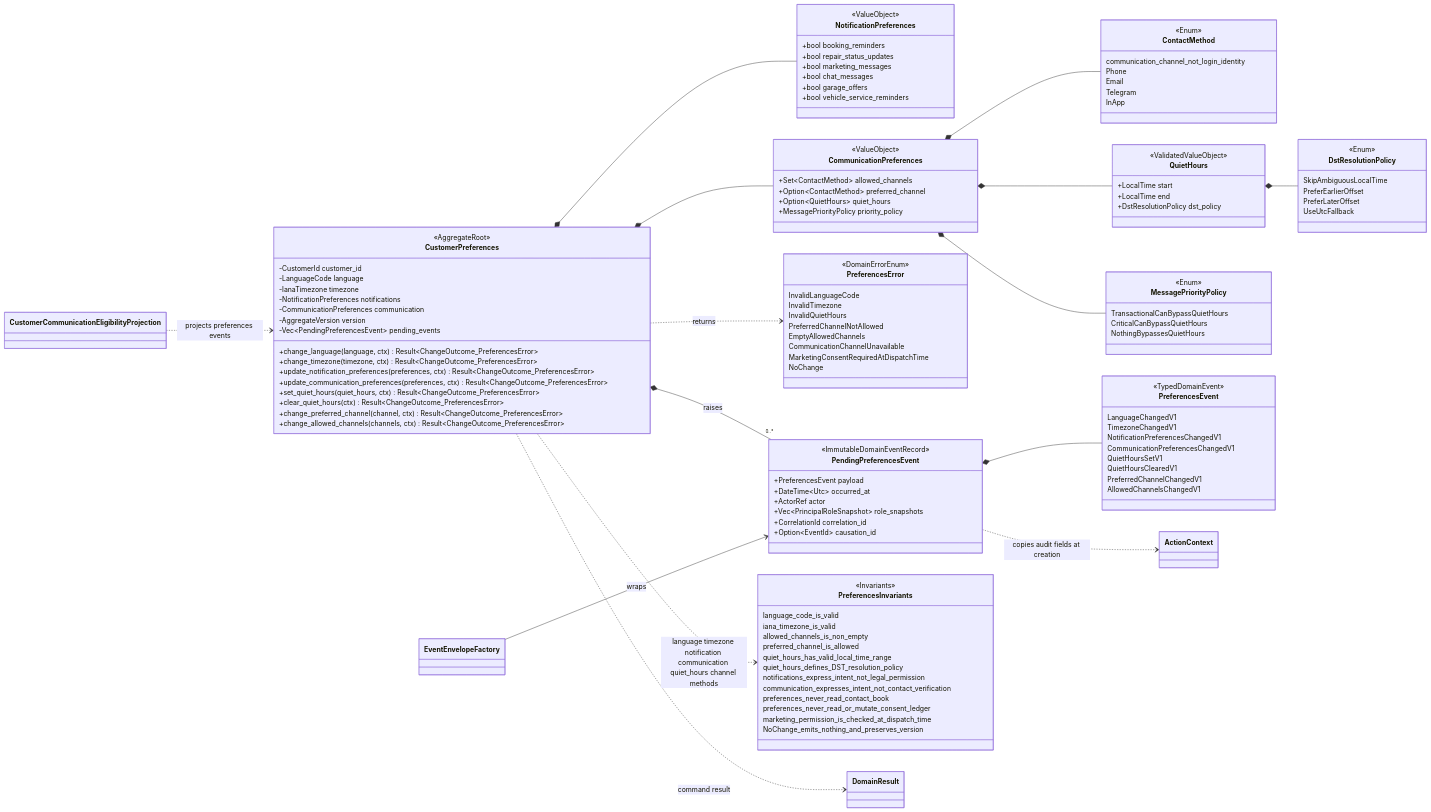
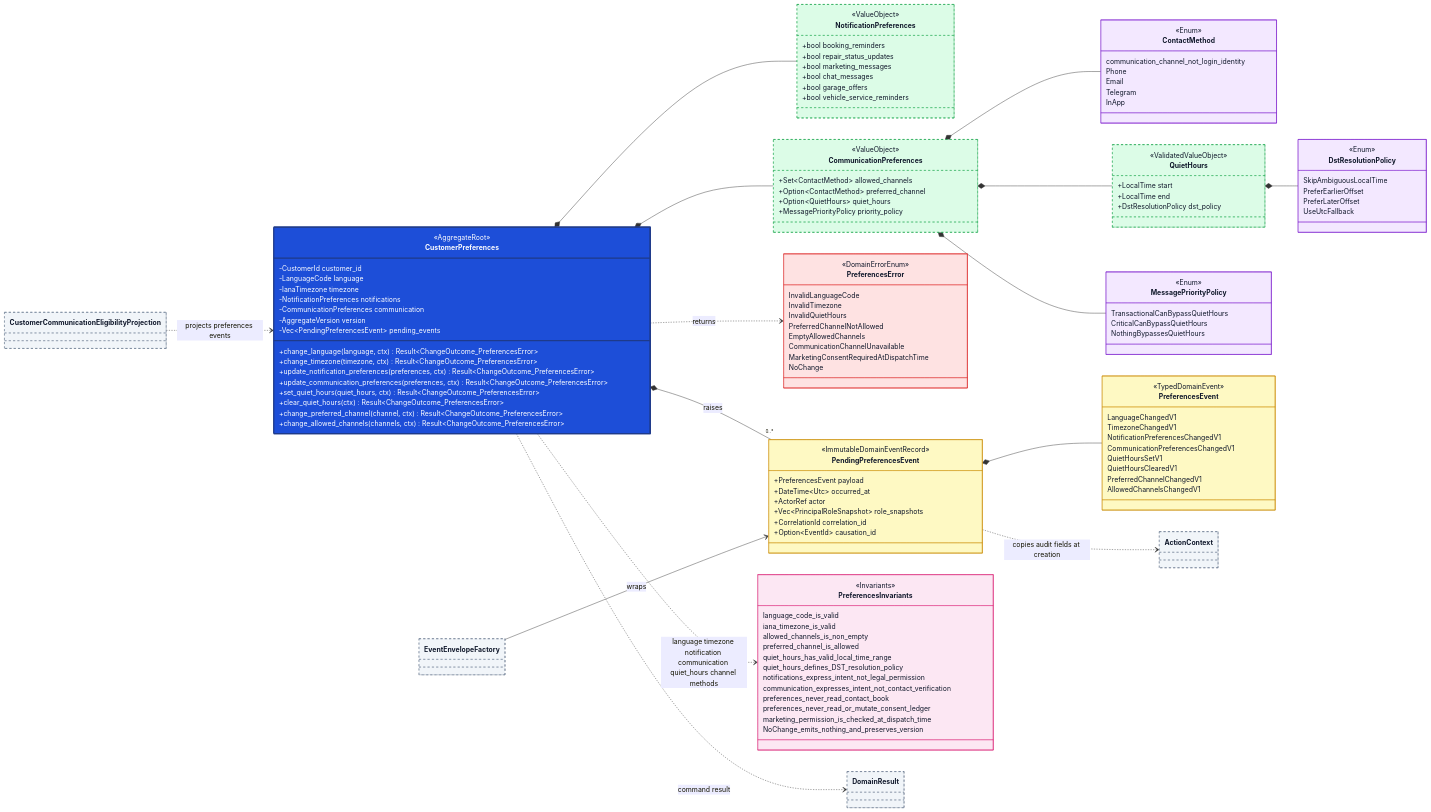
The diagram in docs/domain/customer/diagrams/04-preferences.mmd (DeathRustZzZ/PitGO), drawn with Mermaid before and after one commit. The commit also changed 18 other files, not shown here.

Commit message:
docs(customer): add style guide, refresh diagrams, add project docs

```diff
--- a/docs/domain/customer/diagrams/04-preferences.mmd
+++ b/docs/domain/customer/diagrams/04-preferences.mmd
@@ -1,136 +1,152 @@
 %% Customer preferences aggregate diagram.
 %% Source of truth: ../customer.md
 %% This file physically copies only the Preferences slice.
 %% External entities are referenced by links only and remain defined in the
 %% source schema until their own detailed diagram files are populated.
 
 classDiagram
     direction LR
 
     %% Independent preferences aggregate
     %% CommunicationPreferences stores user intent only.
     %% Contact availability is checked by communication/application layer using ContactBook projection.
     %% Preferences aggregate never reads CustomerContactBook.
     class CustomerPreferences {
         <<AggregateRoot>>
         -CustomerId customer_id
         -LanguageCode language
         -IanaTimezone timezone
         -NotificationPreferences notifications
         -CommunicationPreferences communication
         -AggregateVersion version
         -Vec~PendingPreferencesEvent~ pending_events
         +change_language(language, ctx) Result~ChangeOutcome_PreferencesError~
         +change_timezone(timezone, ctx) Result~ChangeOutcome_PreferencesError~
         +update_notification_preferences(preferences, ctx) Result~ChangeOutcome_PreferencesError~
         +update_communication_preferences(preferences, ctx) Result~ChangeOutcome_PreferencesError~
         +set_quiet_hours(quiet_hours, ctx) Result~ChangeOutcome_PreferencesError~
         +clear_quiet_hours(ctx) Result~ChangeOutcome_PreferencesError~
         +change_preferred_channel(channel, ctx) Result~ChangeOutcome_PreferencesError~
         +change_allowed_channels(channels, ctx) Result~ChangeOutcome_PreferencesError~
     }
     class NotificationPreferences {
         <<ValueObject>>
         +bool booking_reminders
         +bool repair_status_updates
         +bool marketing_messages
         +bool chat_messages
         +bool garage_offers
         +bool vehicle_service_reminders
     }
     class CommunicationPreferences {
         <<ValueObject>>
         +Set~ContactMethod~ allowed_channels
         +Option~ContactMethod~ preferred_channel
         +Option~QuietHours~ quiet_hours
         +MessagePriorityPolicy priority_policy
     }
     class ContactMethod {
         <<Enum>>
         communication_channel_not_login_identity
         Phone
         Email
         Telegram
         InApp
     }
     class QuietHours {
         <<ValidatedValueObject>>
         +LocalTime start
         +LocalTime end
         +DstResolutionPolicy dst_policy
     }
     class DstResolutionPolicy {
         <<Enum>>
         SkipAmbiguousLocalTime
         PreferEarlierOffset
         PreferLaterOffset
         UseUtcFallback
     }
     class MessagePriorityPolicy {
         <<Enum>>
         TransactionalCanBypassQuietHours
         CriticalCanBypassQuietHours
         NothingBypassesQuietHours
     }
     class PreferencesError {
         <<DomainErrorEnum>>
         InvalidLanguageCode
         InvalidTimezone
         InvalidQuietHours
         PreferredChannelNotAllowed
         EmptyAllowedChannels
         CommunicationChannelUnavailable
         MarketingConsentRequiredAtDispatchTime
         NoChange
     }
     class PreferencesEvent {
         <<TypedDomainEvent>>
         LanguageChangedV1
         TimezoneChangedV1
         NotificationPreferencesChangedV1
         CommunicationPreferencesChangedV1
         QuietHoursSetV1
         QuietHoursClearedV1
         PreferredChannelChangedV1
         AllowedChannelsChangedV1
     }
     class PendingPreferencesEvent {
         <<ImmutableDomainEventRecord>>
         +PreferencesEvent payload
         +DateTime~Utc~ occurred_at
         +ActorRef actor
         +Vec~PrincipalRoleSnapshot~ role_snapshots
         +CorrelationId correlation_id
         +Option~EventId~ causation_id
     }
     CustomerPreferences *-- NotificationPreferences
     CustomerPreferences *-- CommunicationPreferences
     CommunicationPreferences *-- QuietHours
     CommunicationPreferences *-- ContactMethod
     CommunicationPreferences *-- MessagePriorityPolicy
     QuietHours *-- DstResolutionPolicy
     CustomerPreferences *-- "0..*" PendingPreferencesEvent : raises
     PendingPreferencesEvent *-- PreferencesEvent
     PendingPreferencesEvent ..> ActionContext : copies audit fields at creation
     CustomerPreferences ..> PreferencesError : returns
 
     class PreferencesInvariants {
         <<Invariants>>
         language_code_is_valid
         iana_timezone_is_valid
         allowed_channels_is_non_empty
         preferred_channel_is_allowed
         quiet_hours_has_valid_local_time_range
         quiet_hours_defines_DST_resolution_policy
         notifications_express_intent_not_legal_permission
         communication_expresses_intent_not_contact_verification
         preferences_never_read_contact_book
         preferences_never_read_or_mutate_consent_ledger
         marketing_permission_is_checked_at_dispatch_time
         NoChange_emits_nothing_and_preserves_version
     }
 
     CustomerPreferences ..> PreferencesInvariants : language timezone notification communication quiet_hours channel methods
     CustomerPreferences ..> DomainResult : command result
     EventEnvelopeFactory --> PendingPreferencesEvent : wraps
     CustomerCommunicationEligibilityProjection ..> CustomerPreferences : projects preferences events
+
+    style CustomerPreferences fill:#1D4ED8,stroke:#1E3A8A,stroke-width:3px,color:#FFFFFF
+    style CommunicationPreferences fill:#DCFCE7,stroke:#16A34A,stroke-dasharray:5 5,color:#0F172A
+    style NotificationPreferences fill:#DCFCE7,stroke:#16A34A,stroke-dasharray:5 5,color:#0F172A
+    style QuietHours fill:#DCFCE7,stroke:#16A34A,stroke-dasharray:5 5,color:#0F172A
+    style ContactMethod fill:#F3E8FF,stroke:#7E22CE,color:#0F172A
+    style DstResolutionPolicy fill:#F3E8FF,stroke:#7E22CE,color:#0F172A
+    style MessagePriorityPolicy fill:#F3E8FF,stroke:#7E22CE,color:#0F172A
+    style PendingPreferencesEvent fill:#FEF9C3,stroke:#CA8A04,color:#0F172A
+    style PreferencesEvent fill:#FEF9C3,stroke:#CA8A04,color:#0F172A
+    style PreferencesError fill:#FEE2E2,stroke:#DC2626,color:#0F172A
+    style PreferencesInvariants fill:#FCE7F3,stroke:#DB2777,color:#0F172A
+    style ActionContext fill:#F1F5F9,stroke:#64748B,stroke-dasharray:5 5,color:#0F172A
+    style CustomerCommunicationEligibilityProjection fill:#F1F5F9,stroke:#64748B,stroke-dasharray:5 5,color:#0F172A
+    style DomainResult fill:#F1F5F9,stroke:#64748B,stroke-dasharray:5 5,color:#0F172A
+    style EventEnvelopeFactory fill:#F1F5F9,stroke:#64748B,stroke-dasharray:5 5,color:#0F172A
```
